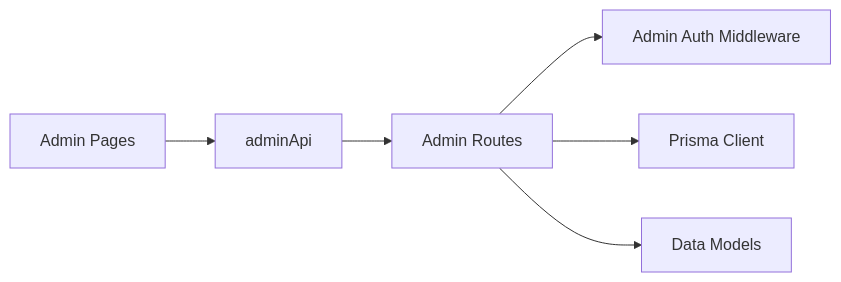
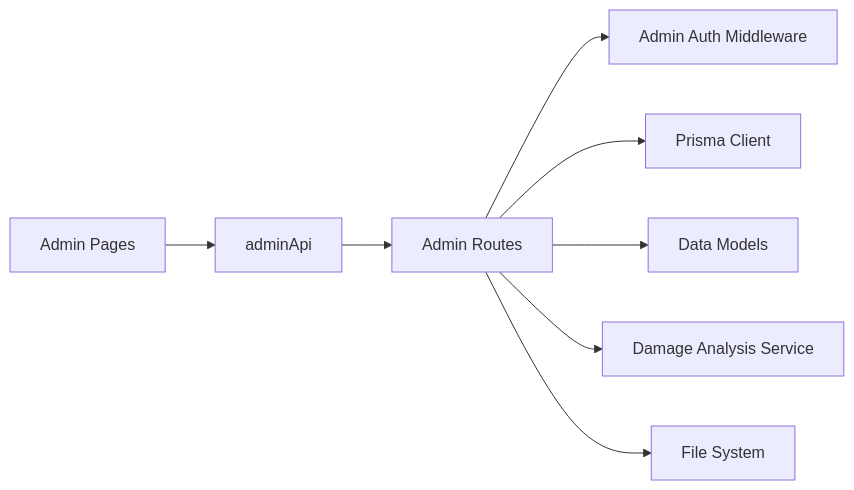
Before and after one commit to NaveenHiranya/Smart-Vehicle-Insurance-Claim-System: diagram 12 of 12 in .qoder/repowiki/en/content/Backend Documentation/API Endpoints Reference/Administrative Endpoints.md, drawn with Mermaid. The commit also changed other lines of this file and 38 other files, not shown here.

````diff
--- a/.qoder/repowiki/en/content/Backend Documentation/API Endpoints Reference/Administrative Endpoints.md
+++ b/.qoder/repowiki/en/content/Backend Documentation/API Endpoints Reference/Administrative Endpoints.md
@@ -514,8 +556,10 @@
 ```mermaid
 graph LR
 AdminRoutes["Admin Routes"] --> AdminAuth["Admin Auth Middleware"]
 AdminRoutes --> Prisma["Prisma Client"]
 AdminRoutes --> Models["Data Models"]
+AdminRoutes --> DamageSvc["Damage Analysis Service"]
+AdminRoutes --> FileSys["File System"]
 AdminPages["Admin Pages"] --> AdminAPI["adminApi"]
 AdminAPI --> AdminRoutes
 ```
````
